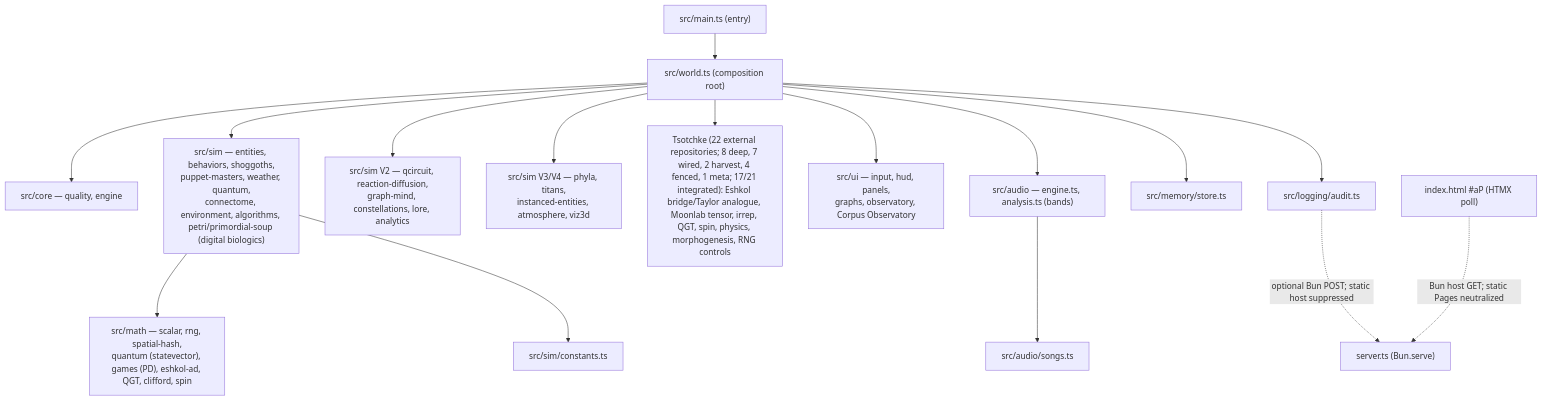
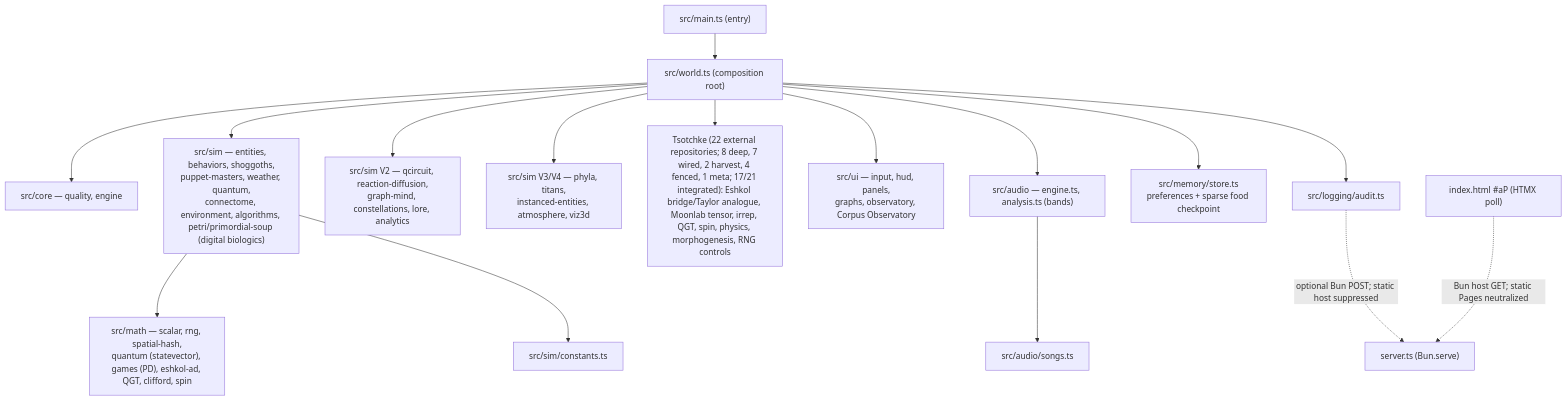
One commit to 0thernes/cosmogonic-quantum-mechalogodrom changed the diagram in README.md. Above: the diagram before and after it, drawn with Mermaid. The commit also changed other lines of this file and 32 other files, not shown here.

````diff
--- a/README.md
+++ b/README.md
@@ -590,18 +611,18 @@
 ```mermaid
 graph TD
   main["src/main.ts (entry)"] --> world["src/world.ts (composition root)"]
   world --> core["src/core — quality, engine"]
   world --> sim["src/sim — entities, behaviors, shoggoths,\npuppet-masters, weather, quantum,\nconnectome, environment, algorithms, petri/primordial-soup (digital biologics)"]
   world --> v2["src/sim V2 — qcircuit, reaction-diffusion,\ngraph-mind, constellations, lore, analytics"]
   world --> v34["src/sim V3/V4 — phyla, titans,\ninstanced-entities, atmosphere, viz3d"]
   world --> tsotchke["Tsotchke (22 external repositories; 8 deep, 7 wired, 2 harvest, 4 fenced, 1 meta; 17/21 integrated): Eshkol bridge/Taylor analogue, Moonlab tensor, irrep, QGT, spin, physics, morphogenesis, RNG controls"]
   world --> ui["src/ui — input, hud, panels,\ngraphs, observatory, Corpus Observatory"]
   world --> audio["src/audio — engine.ts, analysis.ts (bands)"]
-  world --> mem["src/memory/store.ts"]
+  world --> mem["src/memory/store.ts<br/>preferences + sparse food checkpoint"]
   world --> audit["src/logging/audit.ts"]
   sim --> math["src/math — scalar, rng, spatial-hash,\nquantum (statevector), games (PD), eshkol-ad, QGT, clifford, spin"]
   sim --> constants["src/sim/constants.ts"]
   audio --> songs["src/audio/songs.ts"]
   audit -. "optional Bun POST; static host suppressed" .-> server["server.ts (Bun.serve)"]
   htmx["index.html #aP (HTMX poll)"] -. "Bun host GET; static Pages neutralized" .-> server
 ```
````
